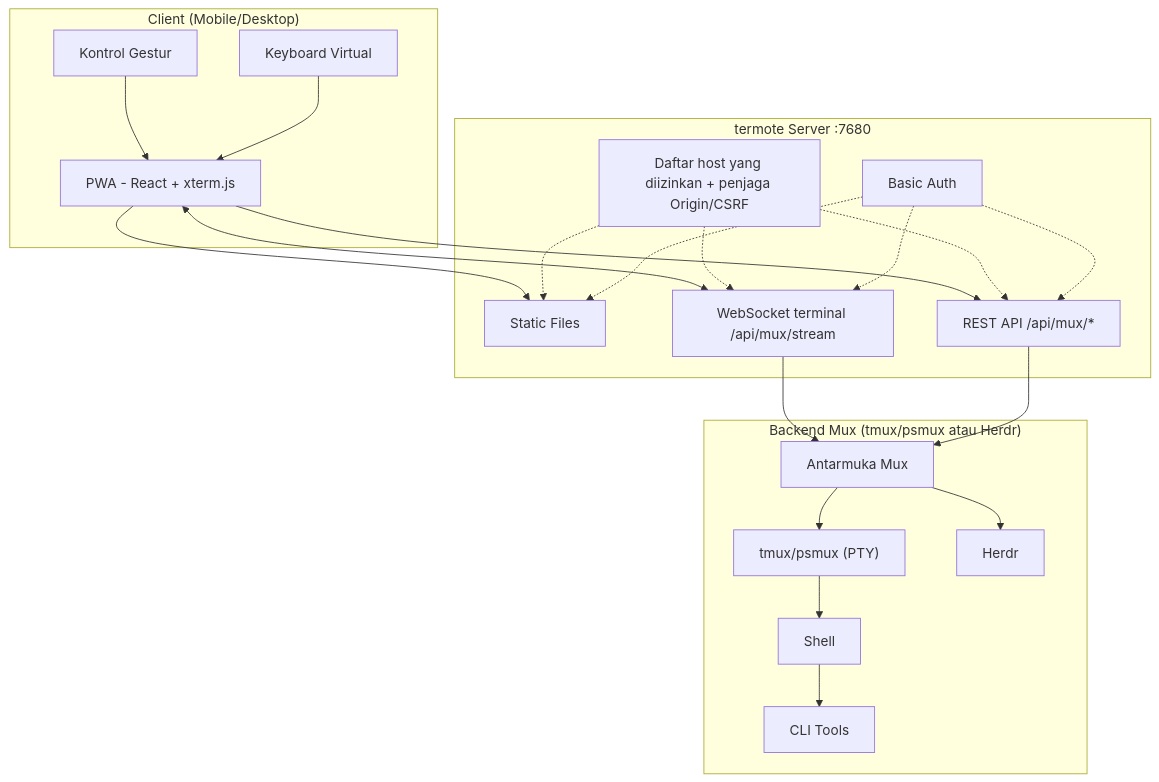
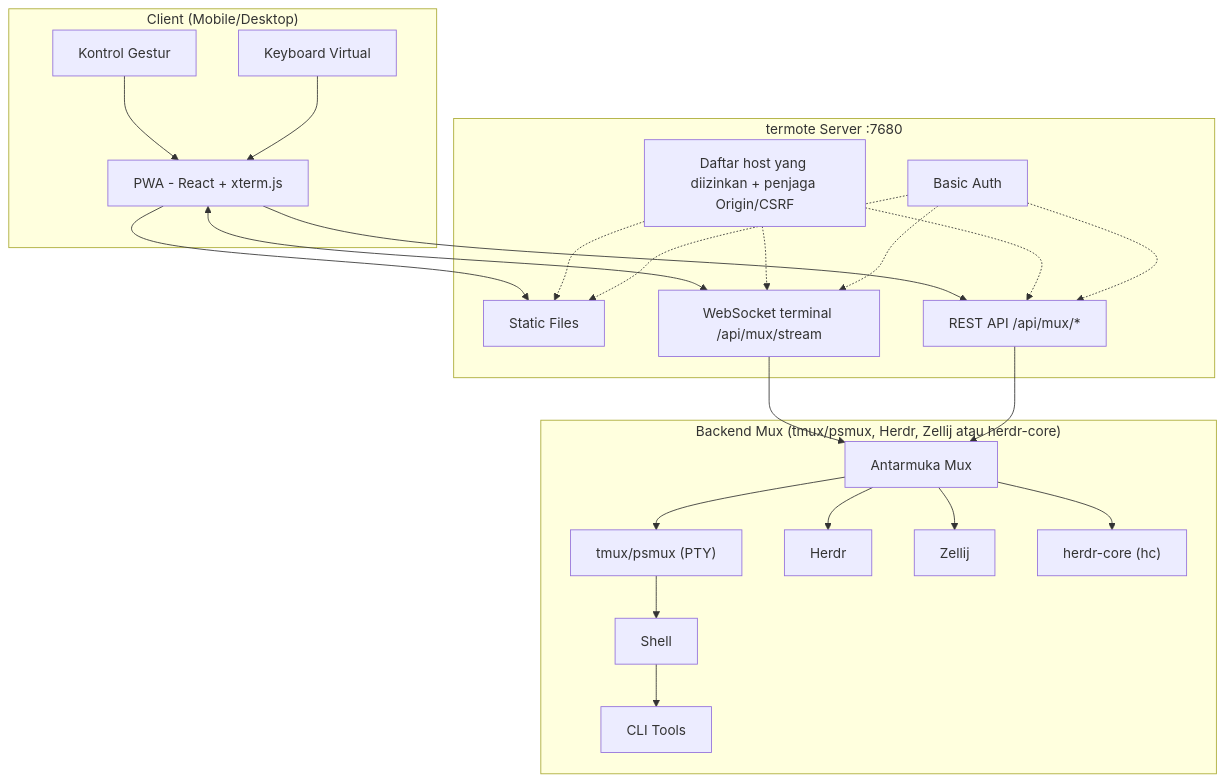
The first of 2 diagrams in README.id.md (lamngockhuong/termote), drawn with Mermaid before and after one commit. The commit also changed other lines of this file and 14 other files, not shown here.

````diff
--- a/README.id.md
+++ b/README.id.md
@@ -91,36 +93,38 @@
 ```mermaid
 flowchart TB
     subgraph Client["Client (Mobile/Desktop)"]
         PWA["PWA - React + xterm.js"]
         Gestures["Kontrol Gestur"]
         Keyboard["Keyboard Virtual"]
     end
 
     subgraph Server["termote Server :7680"]
         Static["Static Files"]
         Stream["WebSocket terminal /api/mux/stream"]
         API["REST API /api/mux/*"]
         Guard["Daftar host yang diizinkan + penjaga Origin/CSRF"]
         Auth["Basic Auth"]
     end
 
-    subgraph Backend["Backend Mux (tmux/psmux atau Herdr)"]
+    subgraph Backend["Backend Mux (tmux/psmux, Herdr, Zellij atau herdr-core)"]
         Mux["Antarmuka Mux"]
         tmux["tmux/psmux (PTY)"]
         herdr["Herdr"]
+        zellij["Zellij"]
+        hc["herdr-core (hc)"]
         Shell["Shell"]
         Tools["CLI Tools"]
     end
 
     Gestures --> PWA
     Keyboard --> PWA
     PWA --> Static
     PWA <--> Stream
     PWA --> API
     Guard -.-> Static & Stream & API
     Auth -.-> Static & Stream & API
     Stream --> Mux
     API --> Mux
-    Mux --> tmux & herdr
+    Mux --> tmux & herdr & zellij & hc
     tmux --> Shell --> Tools
 ```
````
